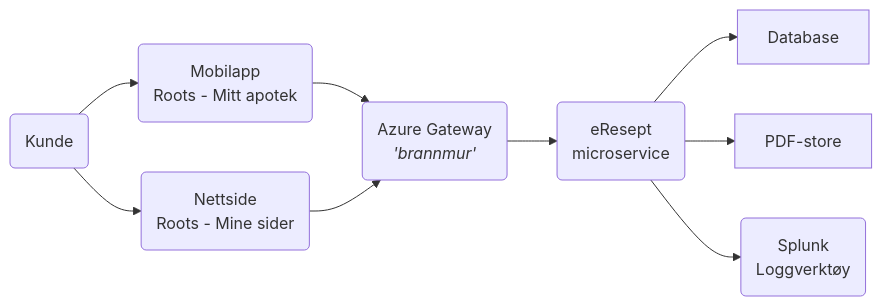
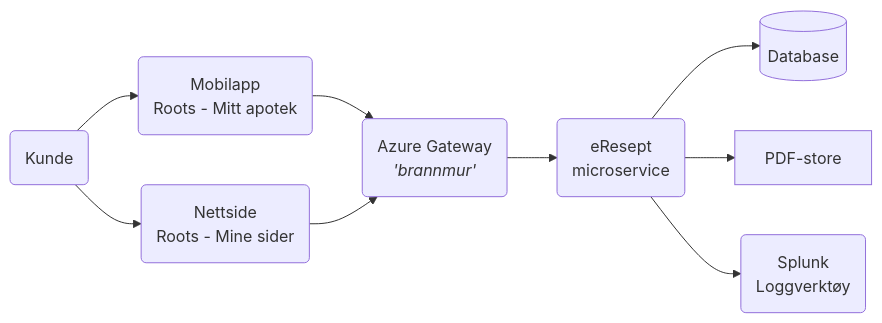
One commit to cyber-security-academy/roots-prescription changed the first of 2 diagrams in README.md. Above: the diagram before and after it, drawn with Mermaid. The commit also changed other lines of this file and 1 other file, not shown here.

Commit message:
Oppdater mermaid-diagram-syntaks og brukerliste

````diff
--- a/README.md
+++ b/README.md
@@ -10,17 +10,17 @@
 ```mermaid
-graph LR;
+flowchart LR
 
-bruker("Kunde");
-mobilapp("Mobilapp <br/> Roots - Mitt apotek");
-minesider("Nettside<br/> Roots - Mine sider");
-eresept("eResept<br/>microservice");
-proxy("Azure Gateway<br/><i>'brannmur'</i>");
-splunk("Splunk<br/>Loggverktøy");
+bruker("Kunde")
+mobilapp("Mobilapp <br/> Roots - Mitt apotek")
+minesider("Nettside<br/> Roots - Mine sider")
+eresept("eResept<br/>microservice")
+proxy("Azure Gateway<br/><i>'brannmur'</i>")
+splunk("Splunk<br/>Loggverktøy")
+database[(Database)]
+pdfStore[PDF-store]
 
-
-bruker-->mobilapp-->proxy-->eresept-->Database;
-bruker-->minesider-->proxy;
-eresept-->PDF-store;
-eresept-->splunk;
-
+bruker --> mobilapp --> proxy --> eresept --> database
+bruker --> minesider --> proxy
+eresept --> pdfStore
+eresept --> splunk
 ```
````
